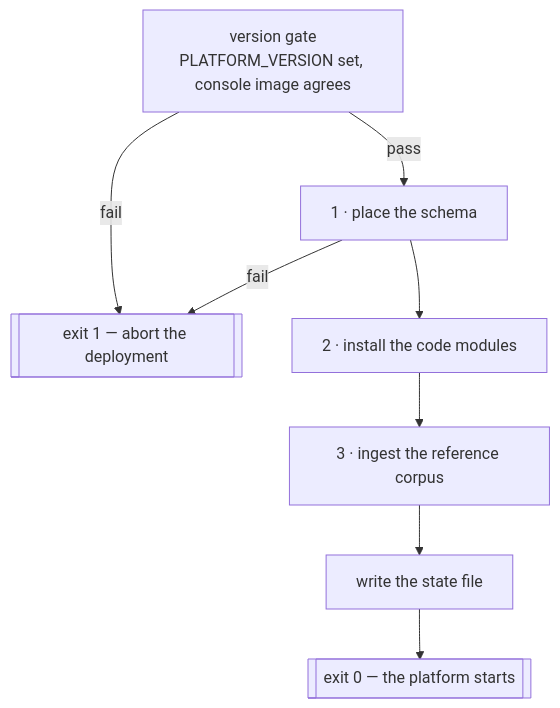
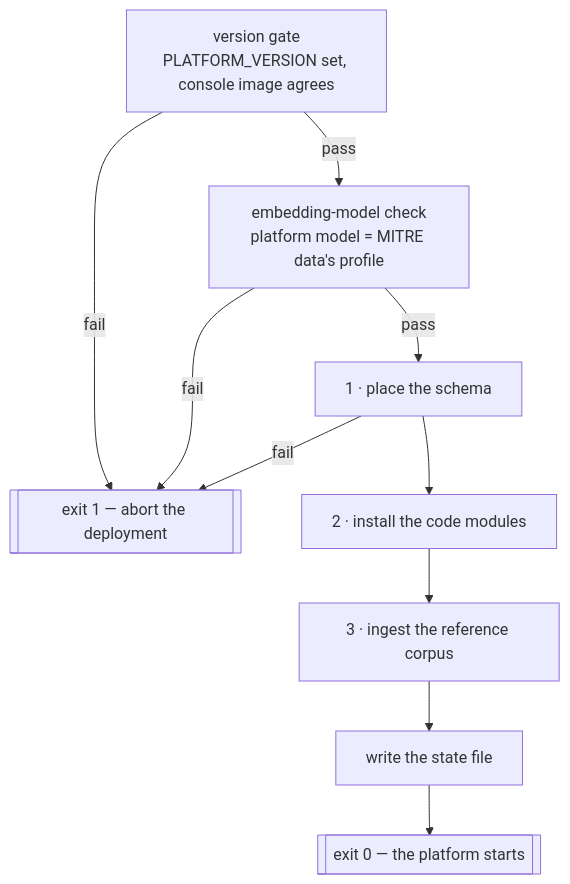
One commit to dether-net/dethernety-oss changed the first of 2 diagrams in docs/architecture/byodt/CONSOLE.md. Above: the diagram before and after it, drawn with Mermaid. The commit also changed other lines of this file and 99 other files, not shown here.

````diff
--- a/docs/architecture/byodt/CONSOLE.md
+++ b/docs/architecture/byodt/CONSOLE.md
@@ -39,10 +40,12 @@
 ```mermaid
 graph TD
   A["version gate<br/>PLATFORM_VERSION set, console image agrees"] -->|fail| X[["exit 1 — abort the deployment"]]
-  A -->|pass| B["1 · place the schema"]
+  A -->|pass| M["embedding-model check<br/>platform model = MITRE data's profile"]
+  M -->|fail| X
+  M -->|pass| B["1 · place the schema"]
   B -->|fail| X
   B --> C["2 · install the code modules"]
   C --> D["3 · ingest the reference corpus"]
   D --> E["write the state file"]
   E --> Z[["exit 0 — the platform starts"]]
 ```
````
